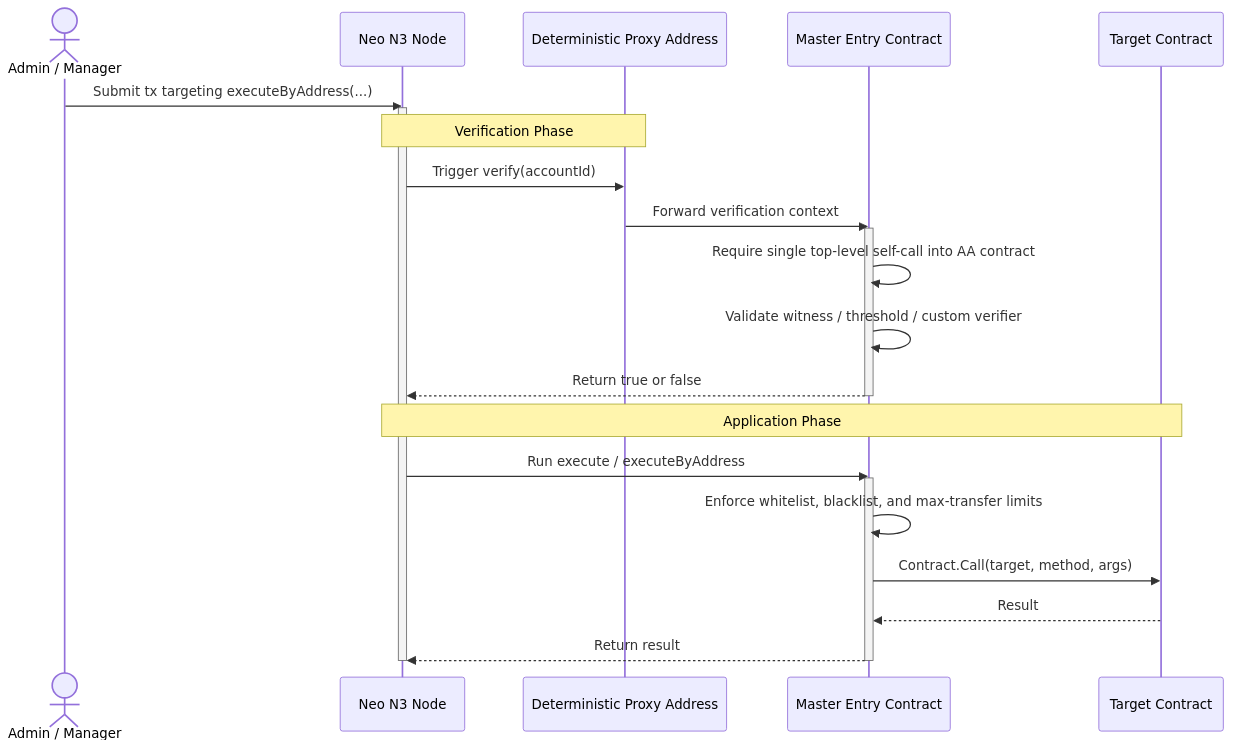
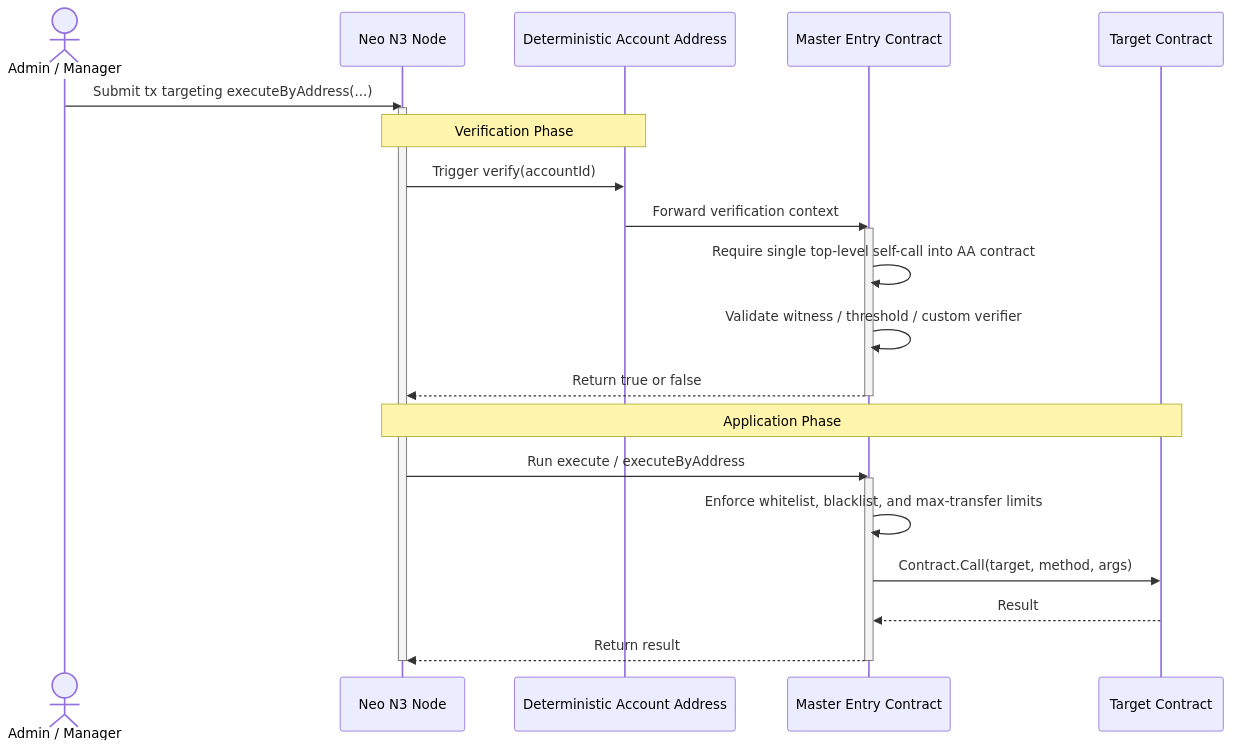
Before and after one commit to r3e-network/neo-abstract-account: the third of 4 diagrams in docs/WORKFLOWS.md, drawn with Mermaid. The commit also changed 8 other files, not shown here.

First line of the commit message:
docs: complete terminology refactoring - proxy → account

````diff
--- a/docs/WORKFLOWS.md
+++ b/docs/WORKFLOWS.md
@@ -78,30 +78,30 @@
 ```mermaid
 sequenceDiagram
     actor Signer as Admin / Manager
     participant Node as Neo N3 Node
-    participant Proxy as Deterministic Proxy Address
+    participant Proxy as Deterministic Account Address
     participant Master as Master Entry Contract
     participant Target as Target Contract
 
     Signer->>Node: Submit tx targeting executeByAddress(...)
     activate Node
 
     Note over Node,Proxy: Verification Phase
     Node->>Proxy: Trigger verify(accountId)
     Proxy->>Master: Forward verification context
     activate Master
     Master->>Master: Require single top-level self-call into AA contract
     Master->>Master: Validate witness / threshold / custom verifier
     Master-->>Node: Return true or false
     deactivate Master
 
     Note over Node,Target: Application Phase
     Node->>Master: Run execute / executeByAddress
     activate Master
     Master->>Master: Enforce whitelist, blacklist, and max-transfer limits
     Master->>Target: Contract.Call(target, method, args)
     Target-->>Master: Result
     Master-->>Node: Return result
     deactivate Master
     deactivate Node
 ```
````
